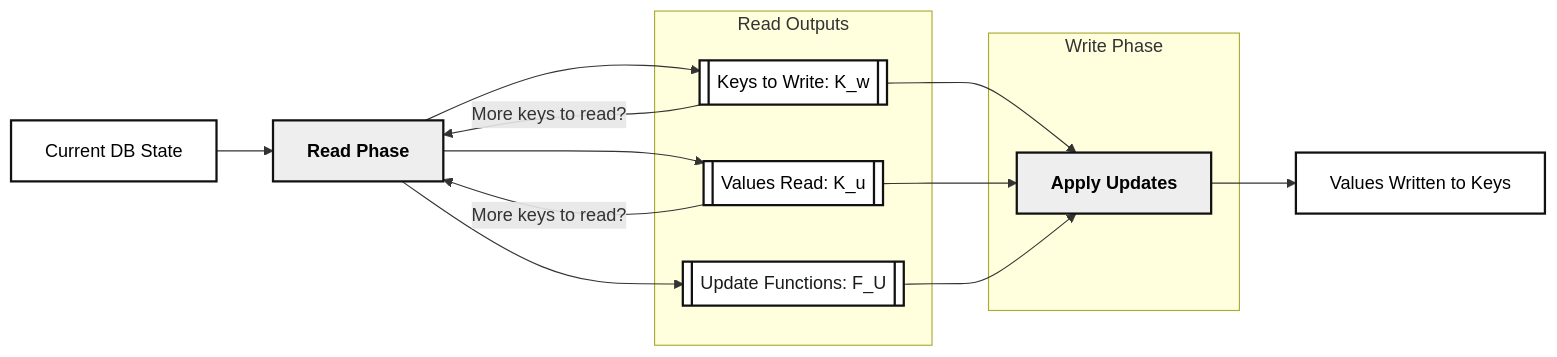
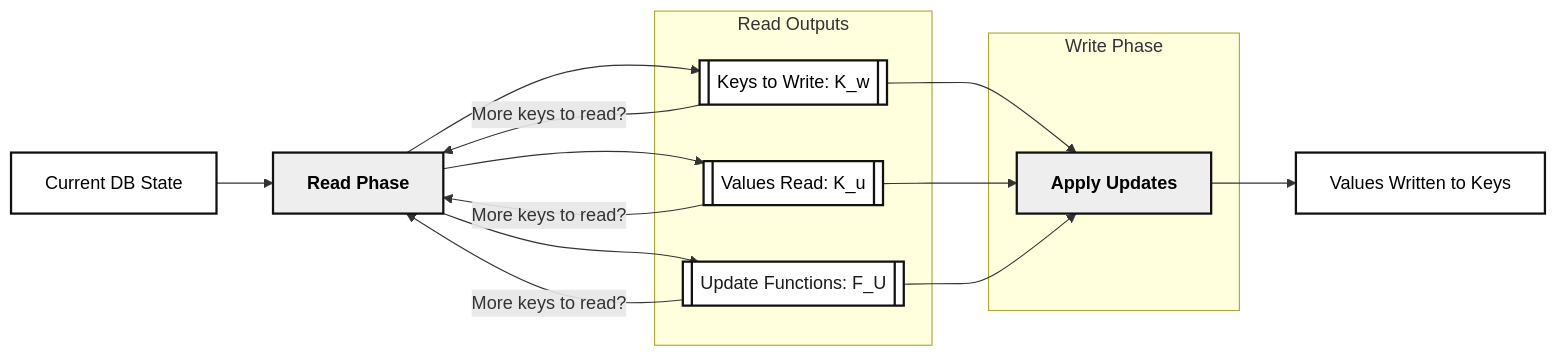
One commit to will62794/will62794.github.io changed the diagram in _drafts/2026-01-08-transactional-programming.md. Above: the diagram before and after it, drawn with Mermaid. The commit also changed other lines of this file, not shown here.

````diff
--- a/_drafts/2026-01-08-transactional-programming.md
+++ b/_drafts/2026-01-08-transactional-programming.md
@@ -200,26 +202,27 @@
 ```mermaid
 flowchart LR
     %% Black and White Style
     %% Use sharp edges, grayscale fills, and monochrome arrows/nodes
 
     %% Define style classes for black/white mode
     classDef bwNode fill:#fff,stroke:#111,color:#000,stroke-width:2px
     classDef bwEmph fill:#eee,stroke:#111,color:#000,stroke-width:2px,font-weight:bold
     classDef bwPhase fill:#fff,stroke:#111,color:#1a1a1a,stroke-width:2px
     classDef bwOutput fill:#fff,stroke:#111,color:#1a1a1a,stroke-width:2px
 
     A[Current DB State]:::bwNode --> B[Read Phase]:::bwEmph
     B --> C[[Keys to Write: K_w]]:::bwNode
     B --> D[[Values Read: K_u]]:::bwNode
     D -- "More keys to read?" --> B
     C -- "More keys to read?" --> B
+    E -- "More keys to read?" --> B
     B --> E[[Update Functions: F_U]]:::bwNode
     C & D & E -->F[Apply Update Functions]:::bwEmph
     subgraph Write Phase
         F[Apply Updates]:::bwEmph
     end
     subgraph Read Outputs
         C & D & E:::bwOutput
     end
     F --> G[Values Written to Keys]:::bwNode
 ```
````
